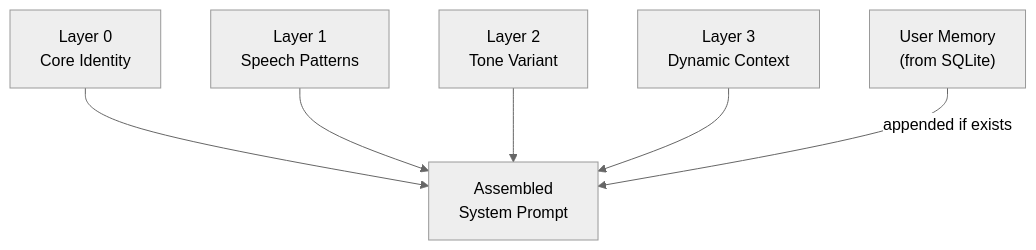
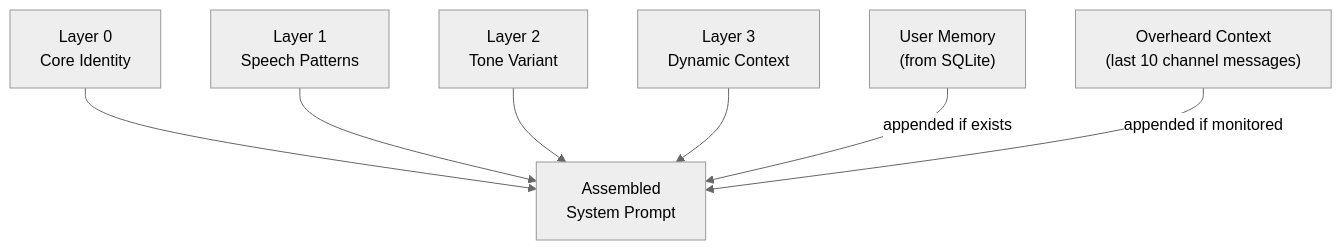
Before and after one commit to AlaskanTuna/rokabot: the fourth of 9 diagrams in README.md, drawn with Mermaid (neutral theme). The commit also changed other lines of this file and 1 other file, not shown here.

Commit message:
docs: add config.yml comments and update README for new memory architecture

````diff
--- a/README.md
+++ b/README.md
@@ -129,9 +130,10 @@
 ```mermaid
 flowchart TD
     L0["Layer 0\nCore Identity"] --> Combine
     L1["Layer 1\nSpeech Patterns"] --> Combine
     L2["Layer 2\nTone Variant"] --> Combine
     L3["Layer 3\nDynamic Context"] --> Combine
     Combine["Assembled\nSystem Prompt"]
     UserFacts["User Memory\n(from SQLite)"] -->|appended if exists| Combine
+    Overheard["Overheard Context\n(last 10 channel messages)"] -->|appended if monitored| Combine
 ```
````
